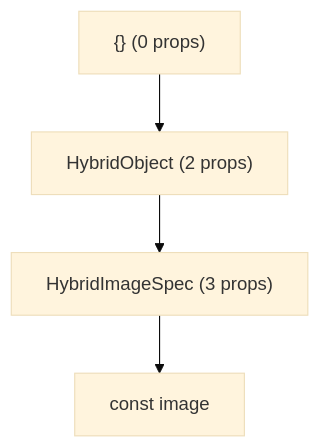
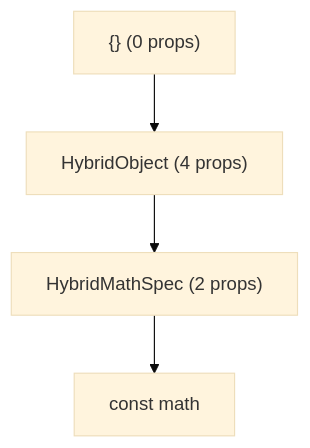
One commit to mrousavy/nitro changed the diagram in docs/docs/hybrid-objects.md. Above: the diagram before and after it, drawn with Mermaid (base theme). The commit also changed 7 other files, not shown here.

````diff
--- a/docs/docs/hybrid-objects.md
+++ b/docs/docs/hybrid-objects.md
@@ -68,5 +68,5 @@
 ```mermaid
 graph TD;
-  obj["{} (0 props)"]-->HybridObject["HybridObject (2 props)"]-->HybridImageSpec["HybridImageSpec (3 props)"]
-  HybridImageSpec-->Image["const image"]
+  obj["{} (0 props)"]-->HybridObject["HybridObject (4 props)"]-->HybridMathSpec["HybridMathSpec (2 props)"]
+  HybridMathSpec-->Math["const math"]
 ```
````
